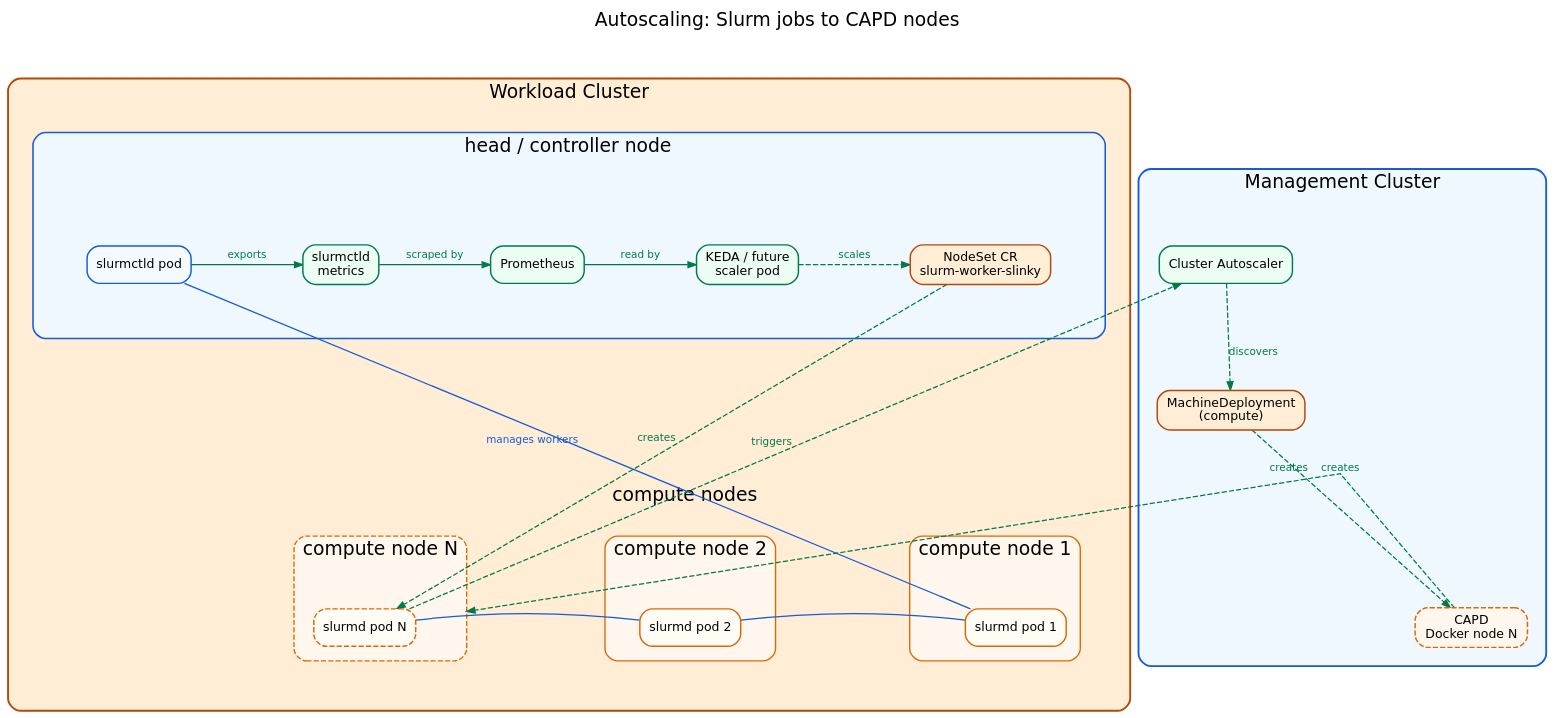
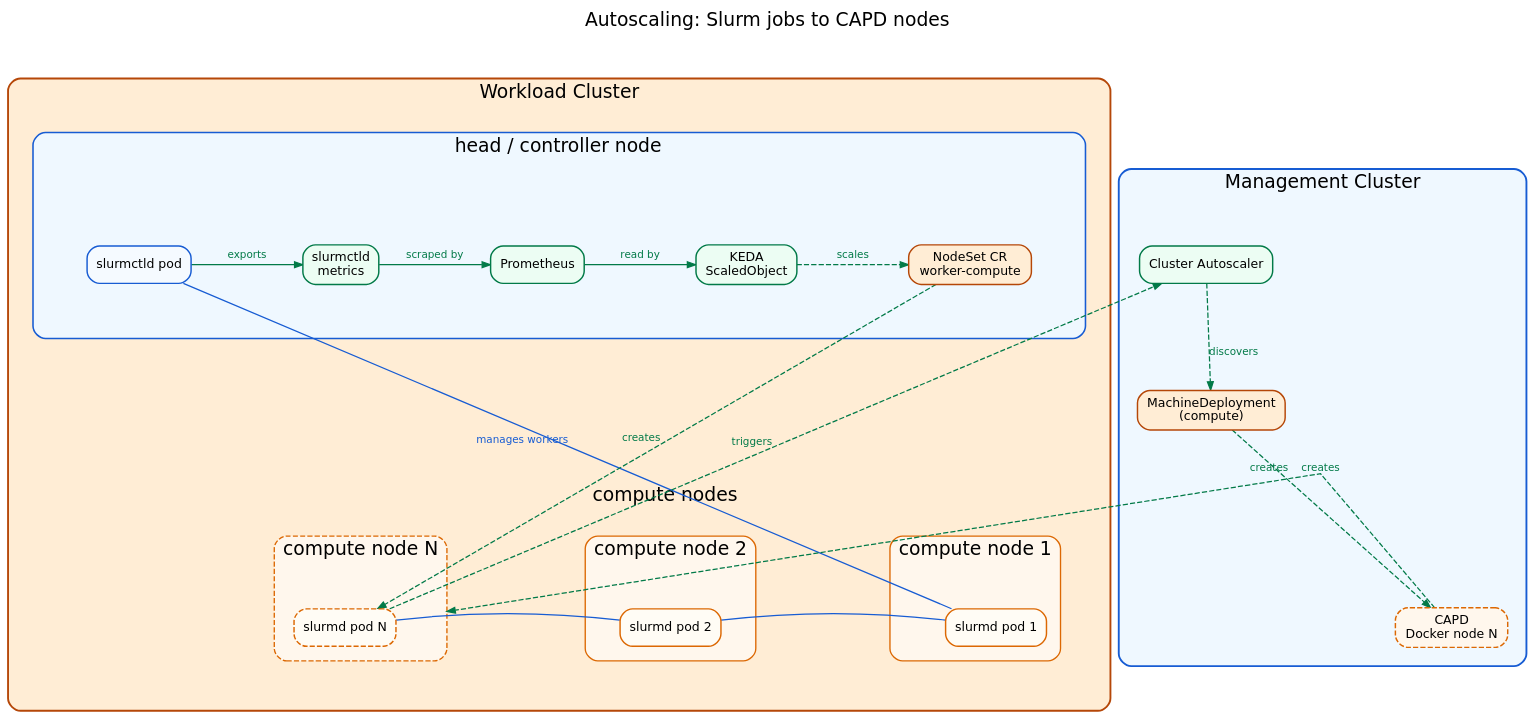
One commit to Azure/cluster-api-for-slinky changed the diagram in docs/images/autoscaling.dot. Above: the diagram before and after it, drawn with Graphviz. The commit also changed 4 other files, not shown here.

```diff
--- a/docs/images/autoscaling.dot
+++ b/docs/images/autoscaling.dot
@@ -70,8 +70,8 @@
       slurmctld [label="slurmctld pod", fillcolor="#F5FAFF", color="#175CD3", group="head"];
       metrics [label="slurmctld\nmetrics", fillcolor="#ECFDF3", color="#027A48", group="head"];
       prometheus [label="Prometheus", fillcolor="#ECFDF3", color="#027A48", group="head"];
-      scaler [label="KEDA / future\nscaler pod", fillcolor="#ECFDF3", color="#027A48", group="head"];
-      nodeset [label="NodeSet CR\nslurm-worker-slinky", fillcolor="#FFEDD5", color="#B54708", group="head"];
+      scaler [label="KEDA\nScaledObject", fillcolor="#ECFDF3", color="#027A48", group="head"];
+      nodeset [label="NodeSet CR\nworker-compute", fillcolor="#FFEDD5", color="#B54708", group="head"];
 
       slurmctld -> metrics [label="exports", color="#027A48", fontcolor="#027A48", constraint=false];
       metrics -> prometheus [label="scraped by", color="#027A48", fontcolor="#027A48", constraint=false];
```
